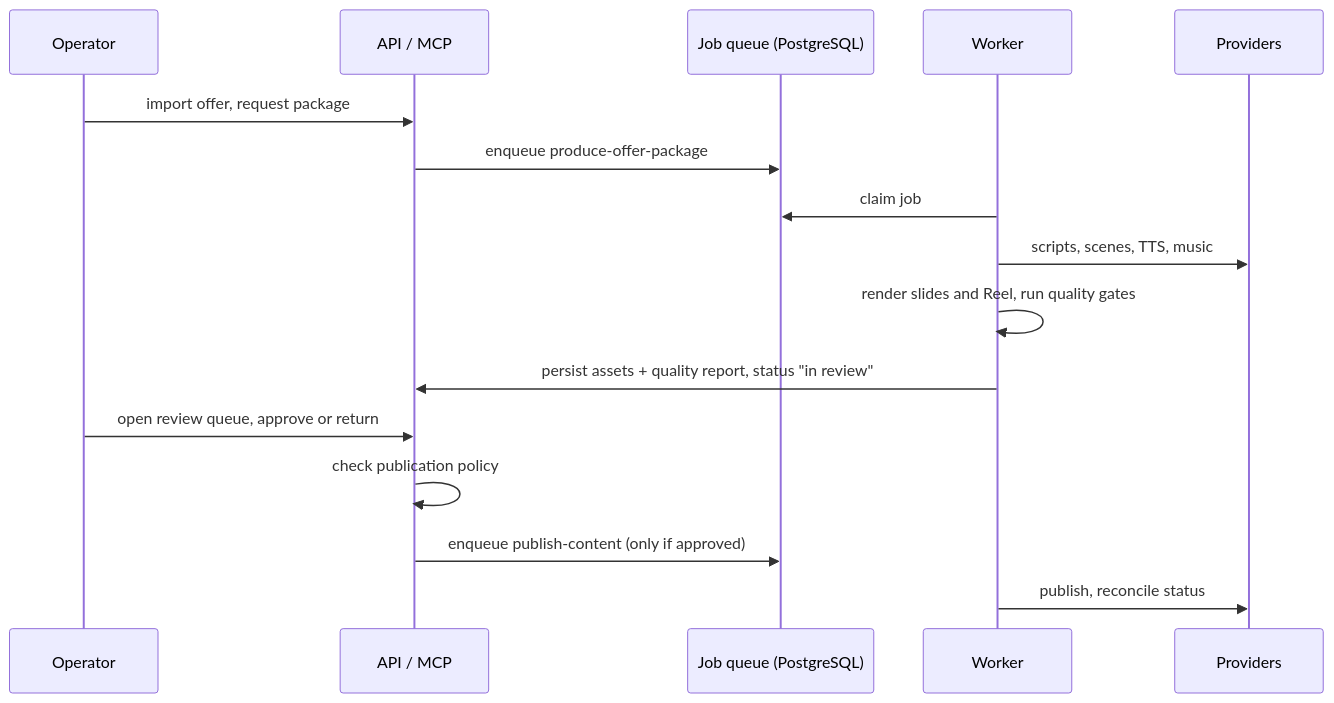
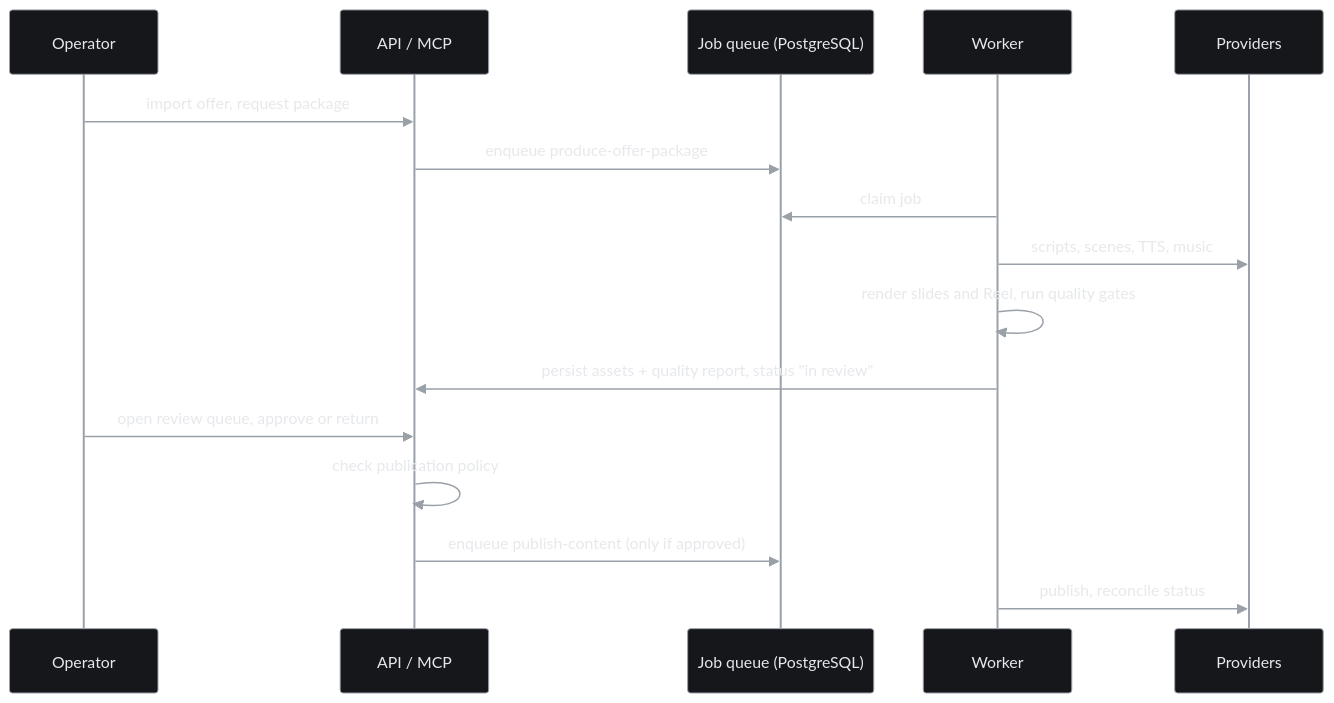
The second of 3 diagrams in README.md (mkwitko/affiliate-content-factory), drawn with Mermaid before and after one commit. The commit also changed other lines of this file and 7 other files, not shown here.

Commit message:
brand: framed screenshots and diagram palette

````diff
--- a/README.md
+++ b/README.md
@@ -91,18 +92,19 @@
 ```mermaid
+%%{init: {"theme":"base","themeVariables":{"background":"#0B0C0E","primaryColor":"#15171B","primaryTextColor":"#E6E8EB","primaryBorderColor":"#9AA0A8","secondaryColor":"#1E2126","tertiaryColor":"#1E2126","lineColor":"#9AA0A8","textColor":"#E6E8EB","clusterBkg":"#101216","clusterBorder":"#2A2E35","edgeLabelBackground":"#0B0C0E","actorBkg":"#15171B","actorBorder":"#9AA0A8","actorTextColor":"#E6E8EB","signalColor":"#9AA0A8","signalTextColor":"#E6E8EB","noteBkgColor":"#1E2126","noteTextColor":"#E6E8EB","noteBorderColor":"#2A2E35","fontFamily":"ui-monospace, SFMono-Regular, Menlo, monospace","fontSize":"13px"}, "flowchart":{"curve":"linear","nodeSpacing":40,"rankSpacing":48,"padding":12}}}%%
 sequenceDiagram
   participant O as Operator
   participant A as API / MCP
   participant Q as Job queue (PostgreSQL)
   participant W as Worker
   participant P as Providers
   O->>A: import offer, request package
   A->>Q: enqueue produce-offer-package
   W->>Q: claim job
   W->>P: scripts, scenes, TTS, music
   W->>W: render slides and Reel, run quality gates
   W->>A: persist assets + quality report, status "in review"
   O->>A: open review queue, approve or return
   A->>A: check publication policy
   A->>Q: enqueue publish-content (only if approved)
   W->>P: publish, reconcile status
 ```
````
